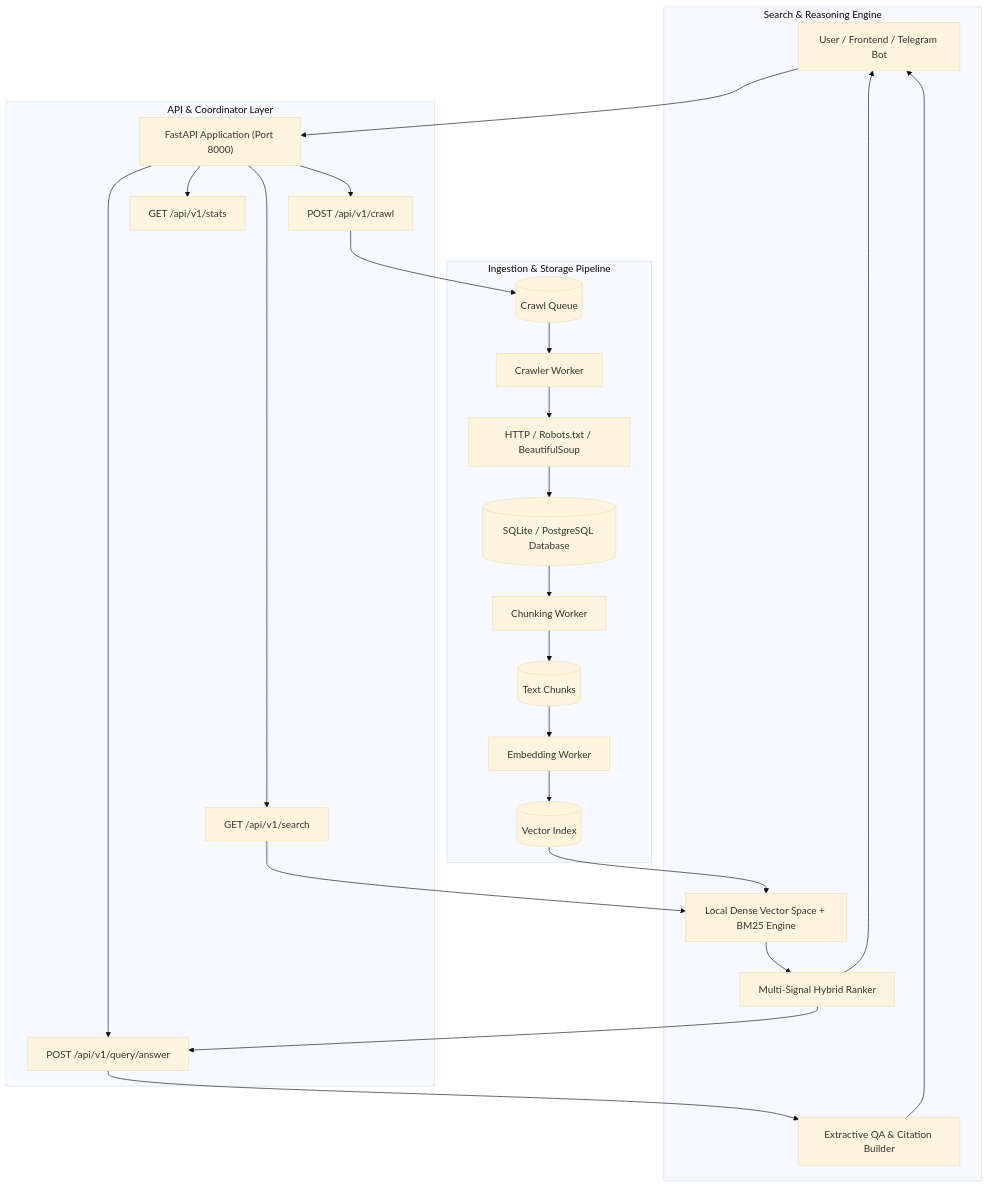
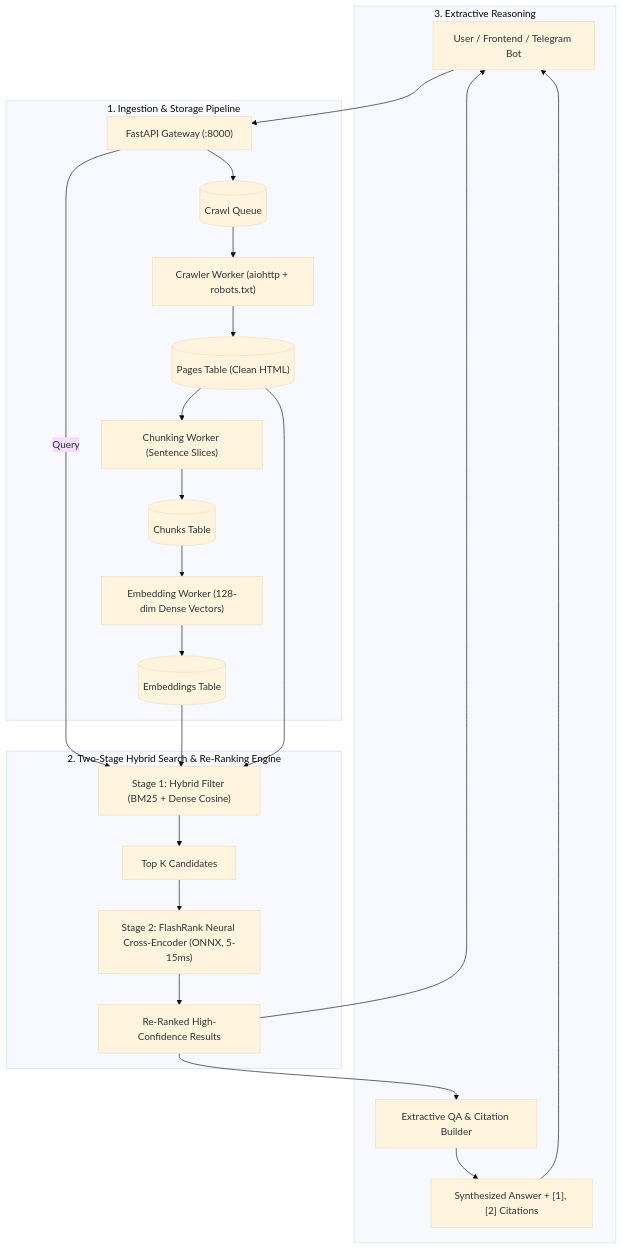
The diagram in README.md (SmartGenzAI1/ScrapAI), drawn with Mermaid (base theme) before and after one commit. The commit also changed other lines of this file and 17 other files, not shown here.

First line of the commit message:
feat(search): upgrade ScrapAI with FlashRank local neural cross-encoder re-ranking

````diff
--- a/README.md
+++ b/README.md
@@ -39,32 +55,30 @@
 ```mermaid
 flowchart TD
-    User["User / Frontend / Telegram Bot"] --> API["FastAPI Application (Port 8000)"]
+    User["User / Frontend / Telegram Bot"] --> API["FastAPI Gateway (:8000)"]
     
-    subgraph "API & Coordinator Layer"
-        API --> CrawlEP["POST /api/v1/crawl"]
-        API --> SearchEP["GET /api/v1/search"]
-        API --> AnswerEP["POST /api/v1/query/answer"]
-        API --> StatsEP["GET /api/v1/stats"]
+    subgraph Ingestion_Pipeline ["1. Ingestion & Storage Pipeline"]
+        API --> CrawlQueue[("Crawl Queue")]
+        CrawlQueue --> CrawlerWorker["Crawler Worker (aiohttp + robots.txt)"]
+        CrawlerWorker --> PagesTable[("Pages Table (Clean HTML)")]
+        PagesTable --> ChunkerWorker["Chunking Worker (Sentence Slices)"]
+        ChunkerWorker --> ChunksTable[("Chunks Table")]
+        ChunksTable --> EmbeddingWorker["Embedding Worker (128-dim Dense Vectors)"]
+        EmbeddingWorker --> EmbeddingsTable[("Embeddings Table")]
     end
     
-    subgraph "Ingestion & Storage Pipeline"
-        CrawlEP --> Queue[("Crawl Queue")]
-        Queue --> CrawlerWorker["Crawler Worker"]
-        CrawlerWorker --> Fetcher["HTTP / Robots.txt / BeautifulSoup"]
-        Fetcher --> DB[("SQLite / PostgreSQL Database")]
-        DB --> ChunkerWorker["Chunking Worker"]
-        ChunkerWorker --> Slices[("Text Chunks")]
-        Slices --> EmbeddingWorker["Embedding Worker"]
-        EmbeddingWorker --> Vectors[("Vector Index")]
+    subgraph Two_Stage_Search ["2. Two-Stage Hybrid Search & Re-Ranking Engine"]
+        API -->|Query| HybridFilter["Stage 1: Hybrid Filter (BM25 + Dense Cosine)"]
+        EmbeddingsTable --> HybridFilter
+        PagesTable --> HybridFilter
+        HybridFilter --> TopCandidates["Top K Candidates"]
+        TopCandidates --> FlashRankCross["Stage 2: FlashRank Neural Cross-Encoder (ONNX, 5-15ms)"]
+        FlashRankCross --> FinalRanked["Re-Ranked High-Confidence Results"]
     end
-    
-    subgraph "Search & Reasoning Engine"
-        SearchEP --> VectorMatch["Local Dense Vector Space + BM25 Engine"]
-        Vectors --> VectorMatch
-        VectorMatch --> Ranker["Multi-Signal Hybrid Ranker"]
-        Ranker --> AnswerEP
-        AnswerEP --> ExtractiveQA["Extractive QA & Citation Builder"]
-        ExtractiveQA --> User
-        Ranker --> User
+
+    subgraph Reasoning_Engine ["3. Extractive Reasoning"]
+        FinalRanked --> ExtractiveQA["Extractive QA & Citation Builder"]
+        ExtractiveQA --> AnswerOut["Synthesized Answer + [1], [2] Citations"]
+        AnswerOut --> User
+        FinalRanked --> User
     end
 ```
````
